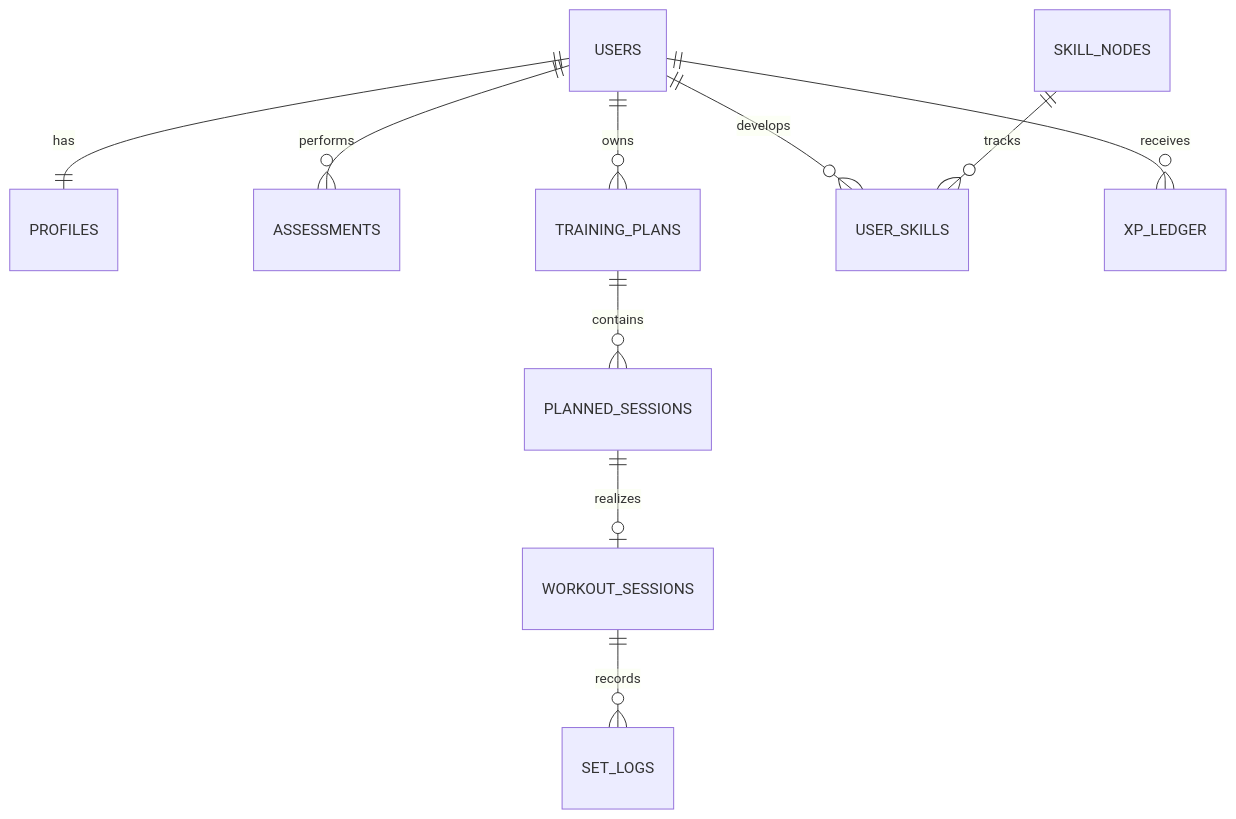
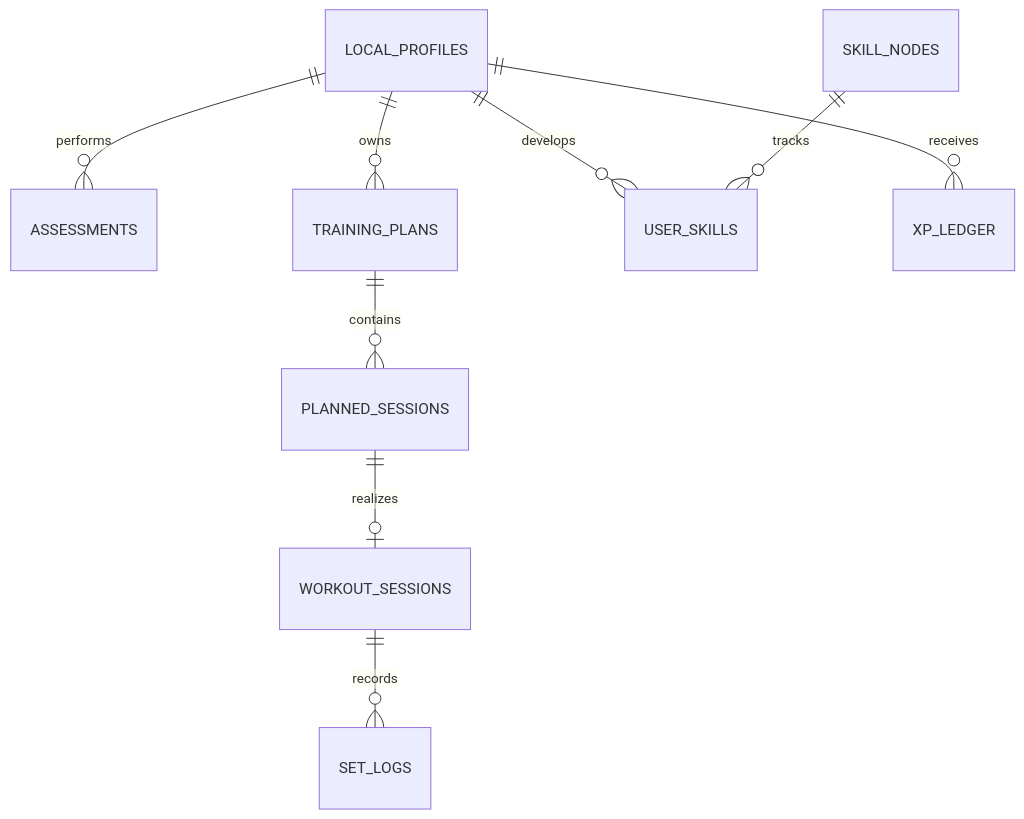
The diagram in App_RPG_Calistenia_Documentacao/08_ARCHITECTURE/DATA_MODEL.md (Cleuvin-dev/calisthenics-rpg), drawn with Mermaid before and after one commit. The commit also changed other lines of this file and 70 other files, not shown here.

````diff
--- a/App_RPG_Calistenia_Documentacao/08_ARCHITECTURE/DATA_MODEL.md
+++ b/App_RPG_Calistenia_Documentacao/08_ARCHITECTURE/DATA_MODEL.md
@@ -5,12 +9,11 @@
 ```mermaid
 erDiagram
-    USERS ||--|| PROFILES : has
-    USERS ||--o{ ASSESSMENTS : performs
-    USERS ||--o{ TRAINING_PLANS : owns
+    LOCAL_PROFILES ||--o{ ASSESSMENTS : performs
+    LOCAL_PROFILES ||--o{ TRAINING_PLANS : owns
     TRAINING_PLANS ||--o{ PLANNED_SESSIONS : contains
     PLANNED_SESSIONS ||--o| WORKOUT_SESSIONS : realizes
     WORKOUT_SESSIONS ||--o{ SET_LOGS : records
-    USERS ||--o{ USER_SKILLS : develops
+    LOCAL_PROFILES ||--o{ USER_SKILLS : develops
     SKILL_NODES ||--o{ USER_SKILLS : tracks
-    USERS ||--o{ XP_LEDGER : receives
+    LOCAL_PROFILES ||--o{ XP_LEDGER : receives
 ```
````
